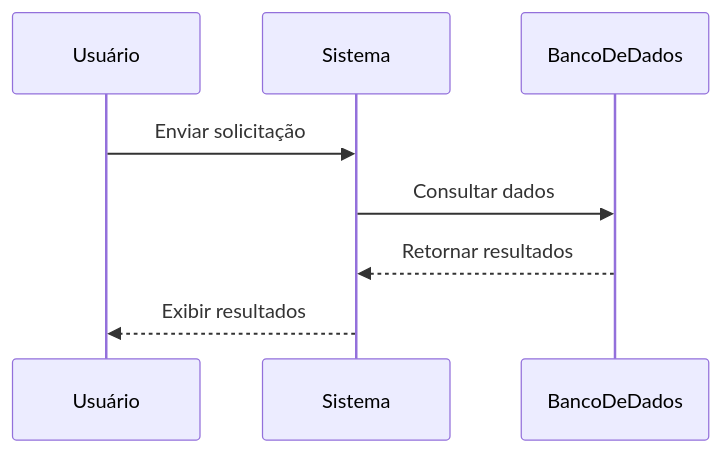
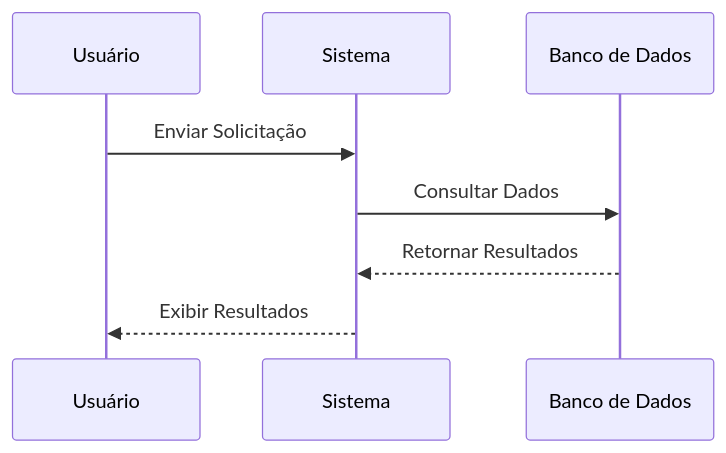
One commit to zccz14/CZON changed the second of 7 diagrams in .czon/src/pt-BR/8938d6aac9c056c06137a041b8e82379bfb619bb6d435b9ecec515337dd0cd69.md. Above: the diagram before and after it, drawn with Mermaid. The commit also changed other lines of this file and 148 other files, not shown here.

````diff
--- a/.czon/src/pt-BR/8938d6aac9c056c06137a041b8e82379bfb619bb6d435b9ecec515337dd0cd69.md
+++ b/.czon/src/pt-BR/8938d6aac9c056c06137a041b8e82379bfb619bb6d435b9ecec515337dd0cd69.md
@@ -38,11 +37,11 @@
 ```mermaid
 sequenceDiagram
     participant Usuário
     participant Sistema
-    participant BancoDeDados
+    participant Banco de Dados
 
-    Usuário->>Sistema: Enviar solicitação
-    Sistema->>BancoDeDados: Consultar dados
-    BancoDeDados-->>Sistema: Retornar resultados
-    Sistema-->>Usuário: Exibir resultados
+    Usuário->>Sistema: Enviar Solicitação
+    Sistema->>Banco de Dados: Consultar Dados
+    Banco de Dados-->>Sistema: Retornar Resultados
+    Sistema-->>Usuário: Exibir Resultados
 ```
````
